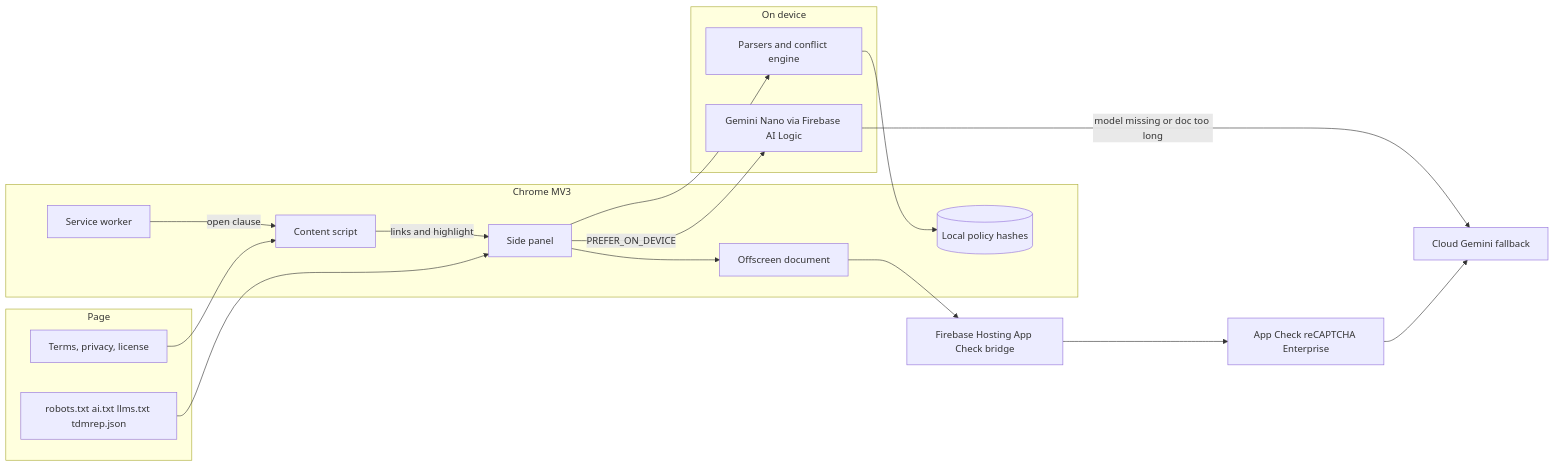
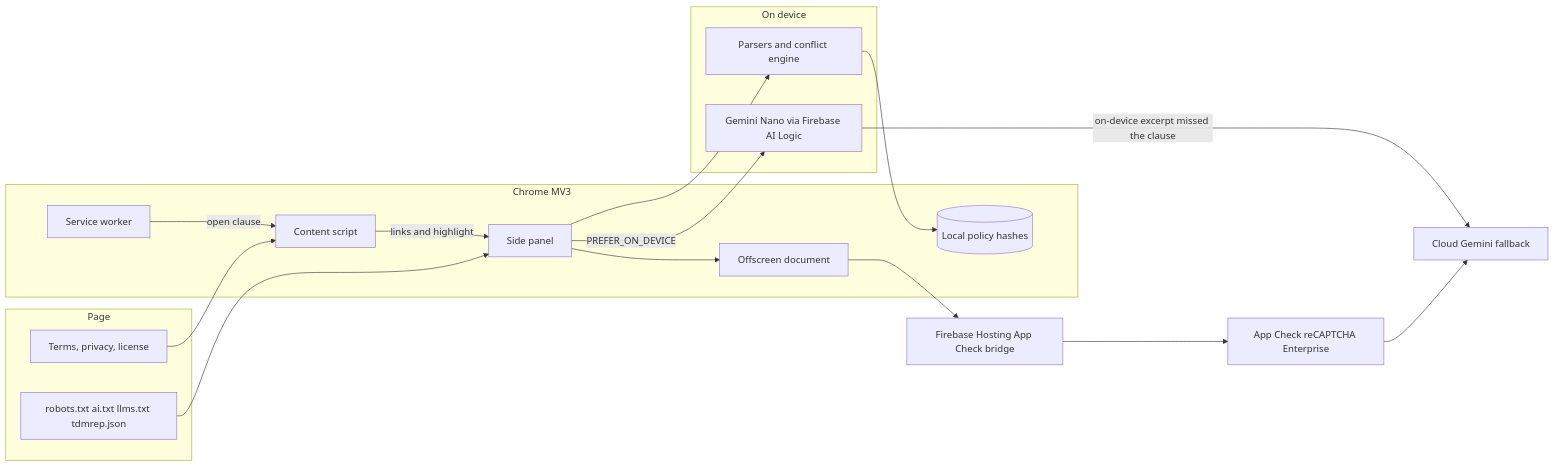
One commit to LevelUpWorldHub/mayi-extension changed the diagram in README.md. Above: the diagram before and after it, drawn with Mermaid. The commit also changed other lines of this file and 4 other files, not shown here.

````diff
--- a/README.md
+++ b/README.md
@@ -26,37 +26,37 @@
 ```mermaid
 flowchart LR
   subgraph page [Page]
     HTML[Terms, privacy, license]
     Files[robots.txt ai.txt llms.txt tdmrep.json]
   end
 
   subgraph extension [Chrome MV3]
     CS[Content script]
     SW[Service worker]
     Panel[Side panel]
     Off[Offscreen document]
     Store[(Local policy hashes)]
   end
 
   subgraph device [On device]
     Parse[Parsers and conflict engine]
     Nano[Gemini Nano via Firebase AI Logic]
   end
 
   Cloud[Cloud Gemini fallback]
   Bridge[Firebase Hosting App Check bridge]
   Check[App Check reCAPTCHA Enterprise]
 
   HTML --> CS
   CS -->|links and highlight| Panel
   Files --> Panel
   Panel --> Parse
   Parse --> Store
   Panel -->|PREFER_ON_DEVICE| Nano
-  Nano -->|model missing or doc too long| Cloud
+  Nano -->|on-device excerpt missed the clause| Cloud
   Panel --> Off
   Off --> Bridge
   Bridge --> Check
   Check --> Cloud
   SW -->|open clause| CS
 ```
````
